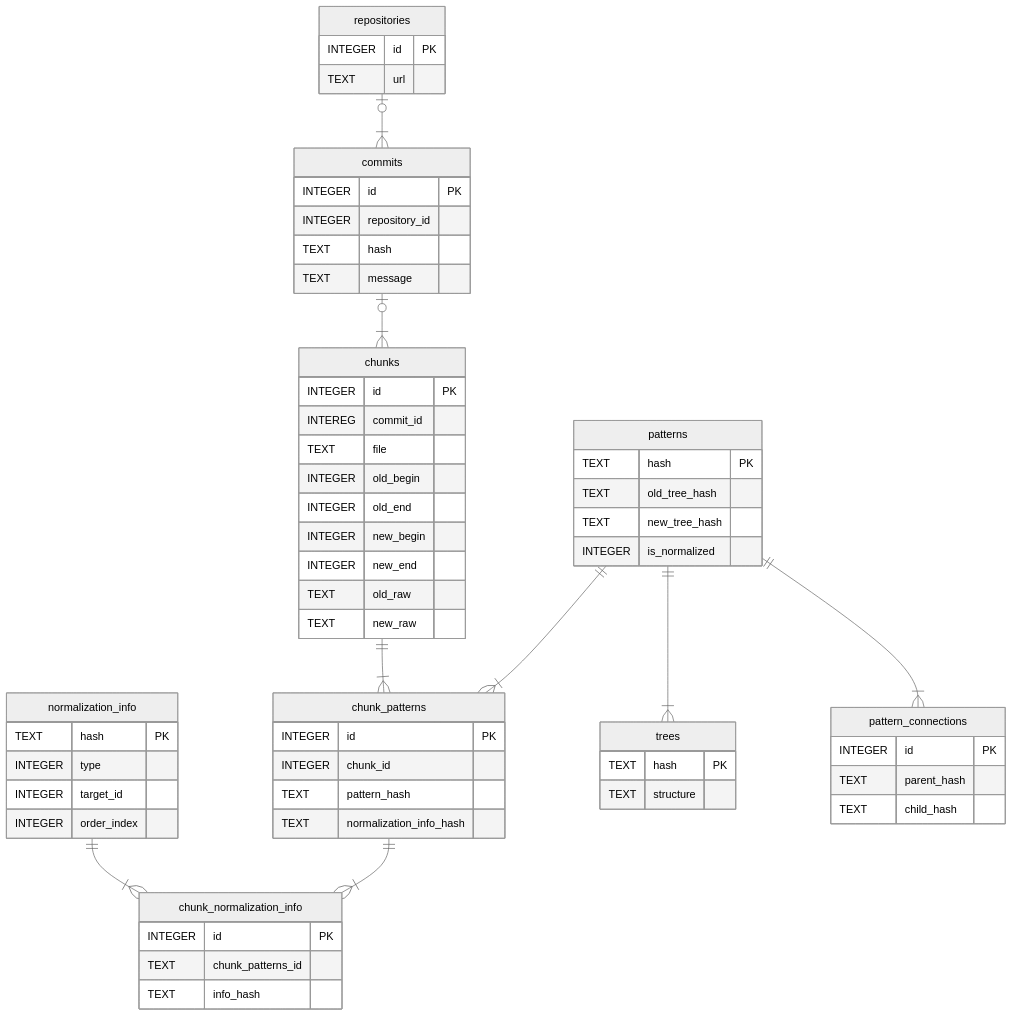
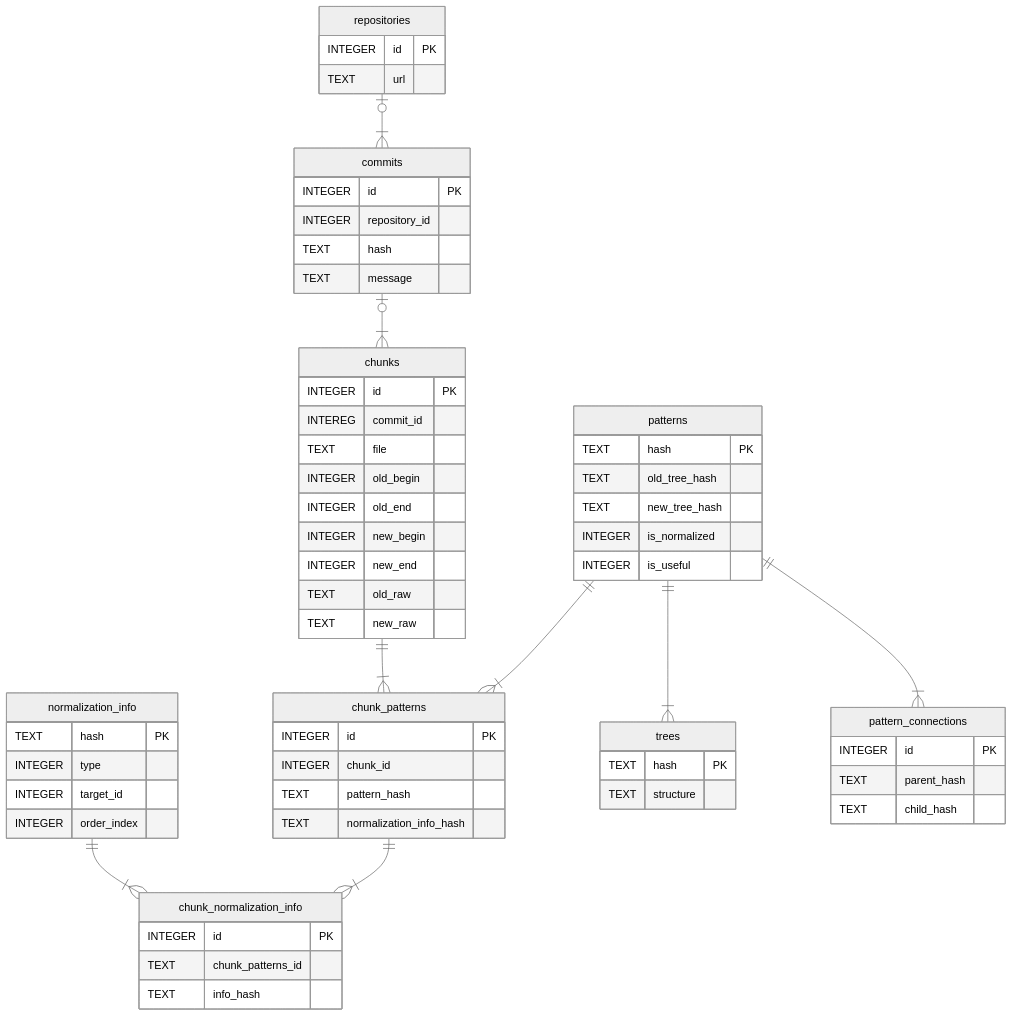
The diagram in LLMARP/DBメモ.md (sabanishi/study), drawn with Mermaid (neutral theme) before and after one commit. The commit also changed 2 other files, not shown here.

Commit message:
マッチング実装

````diff
--- a/LLMARP/DBメモ.md
+++ b/LLMARP/DBメモ.md
@@ -4,80 +4,81 @@
 ```mermaid
 erDiagram
 
 repositories |o--|{ commits:""
 commits |o--|{ chunks:""
 
 chunks ||--|{ chunk_patterns: ""
 patterns ||--|{ chunk_patterns:""
 
 normalization_info ||--|{ chunk_normalization_info:""
 chunk_patterns ||--|{ chunk_normalization_info:""
 
 patterns ||--|{ trees :""
 
 patterns ||--|{ pattern_connections :""
 
 
 repositories{
     INTEGER id PK
     TEXT url
 }
 
 commits{
     INTEGER id PK
     INTEGER repository_id
     TEXT hash
     TEXT message
 }
 
 chunks{
     INTEGER id PK
     INTEREG commit_id
     TEXT file
     INTEGER old_begin
     INTEGER old_end
     INTEGER new_begin
     INTEGER new_end
     TEXT old_raw
     TEXT new_raw
 }
 
 patterns{
     TEXT hash PK
     TEXT old_tree_hash
     TEXT new_tree_hash
     INTEGER is_normalized
+    INTEGER is_useful
 }
 
 normalization_info{
     TEXT hash PK
     INTEGER type
     INTEGER target_id
     INTEGER order_index
 }
 
 trees{
     TEXT hash PK
     TEXT structure
 }
 
 chunk_patterns{
     INTEGER id PK
     INTEGER chunk_id
     TEXT pattern_hash
     TEXT normalization_info_hash
 }
 
 chunk_normalization_info{
     INTEGER id PK
     TEXT chunk_patterns_id
     TEXT info_hash
 }
 
 pattern_connections{
     INTEGER id PK
     TEXT parent_hash
     TEXT child_hash
 }
 
 ```
````
